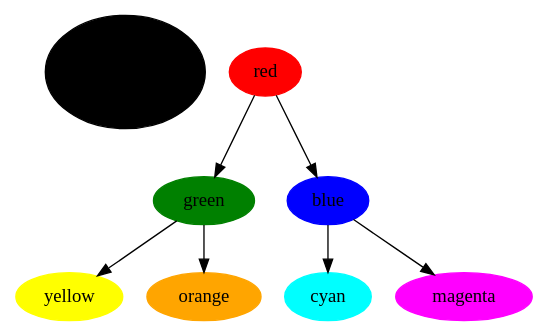
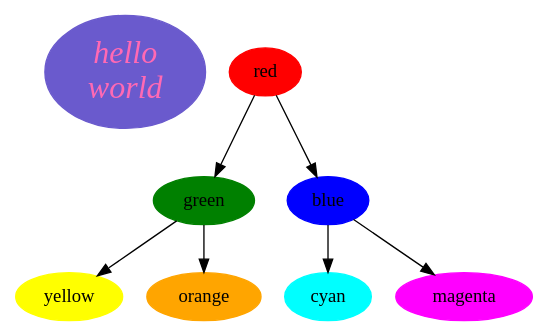
The diagram in distros/T/Tk-GraphViz/t/graphs/directed/ctext.dot (metacpan/metacpan-cpan-extracted), drawn with Graphviz before and after one commit. The commit also changed 513 other files, not shown here.

```diff
--- a/distros/T/Tk-GraphViz/t/graphs/directed/ctext.dot
+++ b/distros/T/Tk-GraphViz/t/graphs/directed/ctext.dot
@@ -1,18 +1,17 @@
 digraph G {
 	node [label="\N"];
-	graph [bb="0,0,327,246"];
-	xyz [label="hello\nworld", color=slate_blue, fontsize=24, fontname="Palatino-Italic", style=filled, fontcolor="hot pink", pos="59,195", width="1.64", height="1.18"];
-	red [color=red, style=filled, pos="163,195", width="0.75", height="0.50"];
-	green [color=green, style=filled, pos="123,98", width="0.83", height="0.50"];
-	blue [color=blue, style=filled, fontcolor=black, pos="202,98", width="0.75", height="0.50"];
-	cyan [color=cyan, style=filled, pos="202,26", width="0.75", height="0.50"];
-	magenta [color=magenta, style=filled, pos="287,26", width="1.11", height="0.50"];
-	yellow [color=yellow, style=filled, pos="37,26", width="0.94", height="0.50"];
-	orange [color=orange, style=filled, pos="123,26", width="0.94", height="0.50"];
-	red -> green [pos="e,130,116 156,177 150,163 141,141 133,124"];
-	red -> blue [pos="e,195,116 170,177 176,163 185,141 192,124"];
-	blue -> cyan [pos="e,202,44 202,80 202,72 202,63 202,54"];
-	blue -> magenta [pos="e,268,42 219,84 231,74 248,60 261,48"];
-	green -> yellow [pos="e,55,41 105,83 93,73 76,59 62,47"];
-	green -> orange [pos="e,123,44 123,80 123,72 123,63 123,54"];
+	xyz [label="hello\nworld", color=slateblue, fontsize=24, fontname="Palatino-Italic", style=filled, fontcolor="hotpink"];
+	red [color=red, style=filled];
+	green [color=green, style=filled];
+	blue [color=blue, style=filled, fontcolor=black];
+	cyan [color=cyan, style=filled];
+	magenta [color=magenta, style=filled];
+	yellow [color=yellow, style=filled];
+	orange [color=orange, style=filled];
+	red -> green
+	red -> blue
+	blue -> cyan
+	blue -> magenta
+	green -> yellow
+	green -> orange
 }
```
